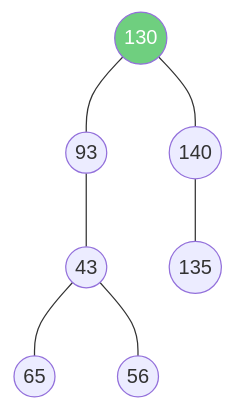
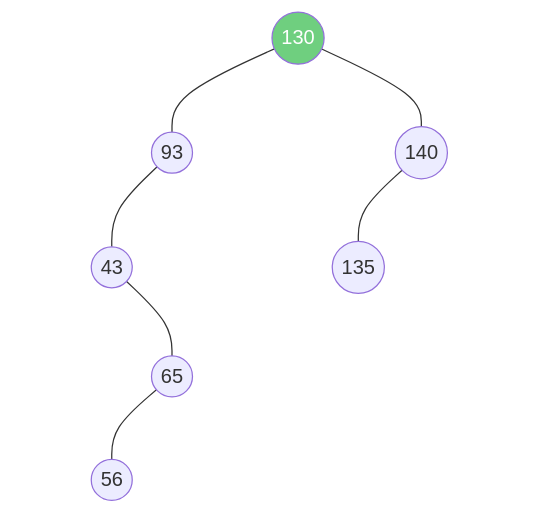
One commit to frijolitobandido/Guia_Matematica_Discreta changed diagram 15 of 39 in 03-arboles.md. Above: the diagram before and after it, drawn with Mermaid. The commit also changed other lines of this file, not shown here.

````diff
--- a/03-arboles.md
+++ b/03-arboles.md
@@ -450,11 +481,17 @@
 ```mermaid
 graph TD
     n130((130)) --- n93((93))
     n130 --- n140((140))
     n93 --- n43((43))
+    n93 --- inv93[" "]:::invis
     n140 --- n135((135))
+    n140 --- inv140[" "]:::invis
+    n43 --- inv43[" "]:::invis
     n43 --- n65((65))
-    n43 --- n56((56))
+    n65 --- n56((56))
+    n65 --- inv65[" "]:::invis
 
+    classDef invis fill:none,stroke:none,color:none
     style n130 fill:#6fcf7f,color:#fff
+    linkStyle 3,5,6,9 stroke:none;
 ```
````
